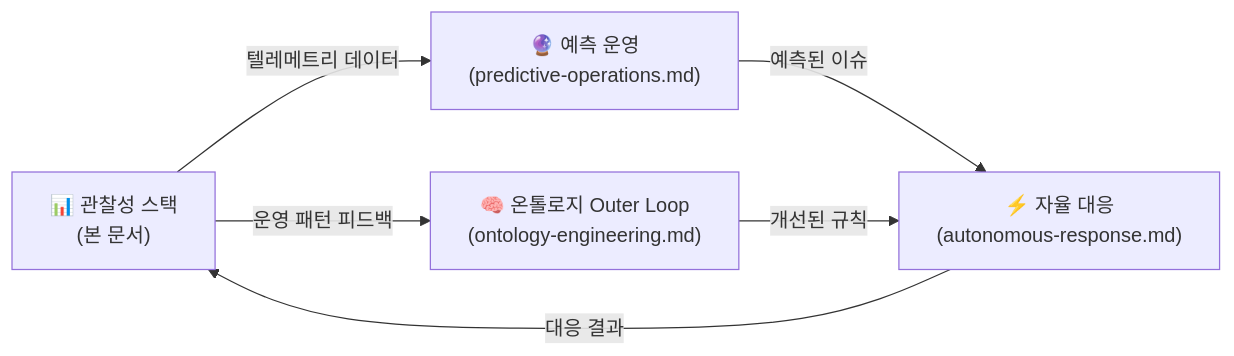
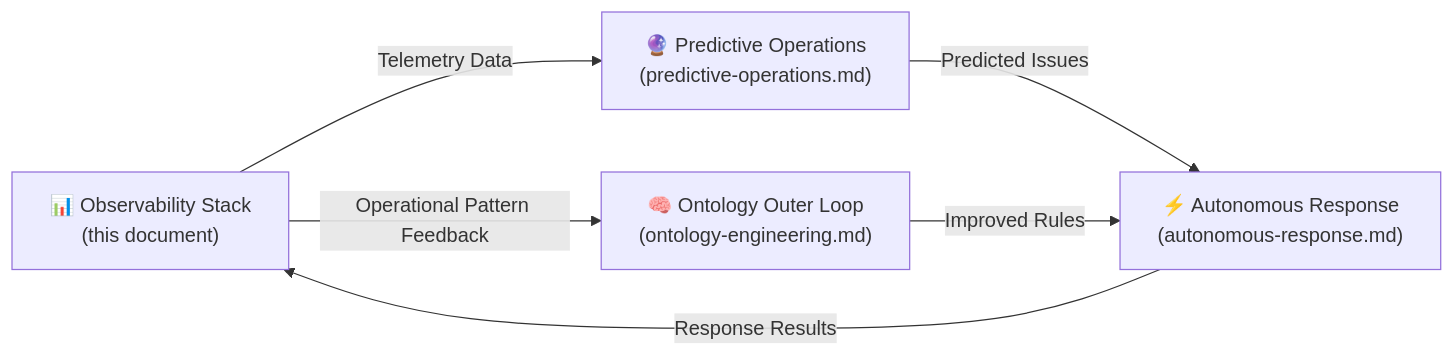
Before and after one commit to devfloor9/engineering-playbook: the third of 3 diagrams in docs/aidlc/operations/observability-stack.md, drawn with Mermaid. The commit also changed other lines of this file and 954 other files, not shown here.

````diff
--- a/docs/aidlc/operations/observability-stack.md
+++ b/docs/aidlc/operations/observability-stack.md
@@ -526,13 +526,13 @@
 ```mermaid
 graph LR
-    Obs["📊 관찰성 스택<br/>(본 문서)"]
-    Pred["🔮 예측 운영<br/>(predictive-operations.md)"]
-    Auto["⚡ 자율 대응<br/>(autonomous-response.md)"]
-    Onto["🧠 온톨로지 Outer Loop<br/>(ontology-engineering.md)"]
+    Obs["📊 Observability Stack<br/>(this document)"]
+    Pred["🔮 Predictive Operations<br/>(predictive-operations.md)"]
+    Auto["⚡ Autonomous Response<br/>(autonomous-response.md)"]
+    Onto["🧠 Ontology Outer Loop<br/>(ontology-engineering.md)"]
 
-    Obs -->|텔레메트리 데이터| Pred
-    Pred -->|예측된 이슈| Auto
-    Auto -->|대응 결과| Obs
-    Obs -->|운영 패턴 피드백| Onto
-    Onto -->|개선된 규칙| Auto
+    Obs -->|Telemetry Data| Pred
+    Pred -->|Predicted Issues| Auto
+    Auto -->|Response Results| Obs
+    Obs -->|Operational Pattern Feedback| Onto
+    Onto -->|Improved Rules| Auto
 ```
````
